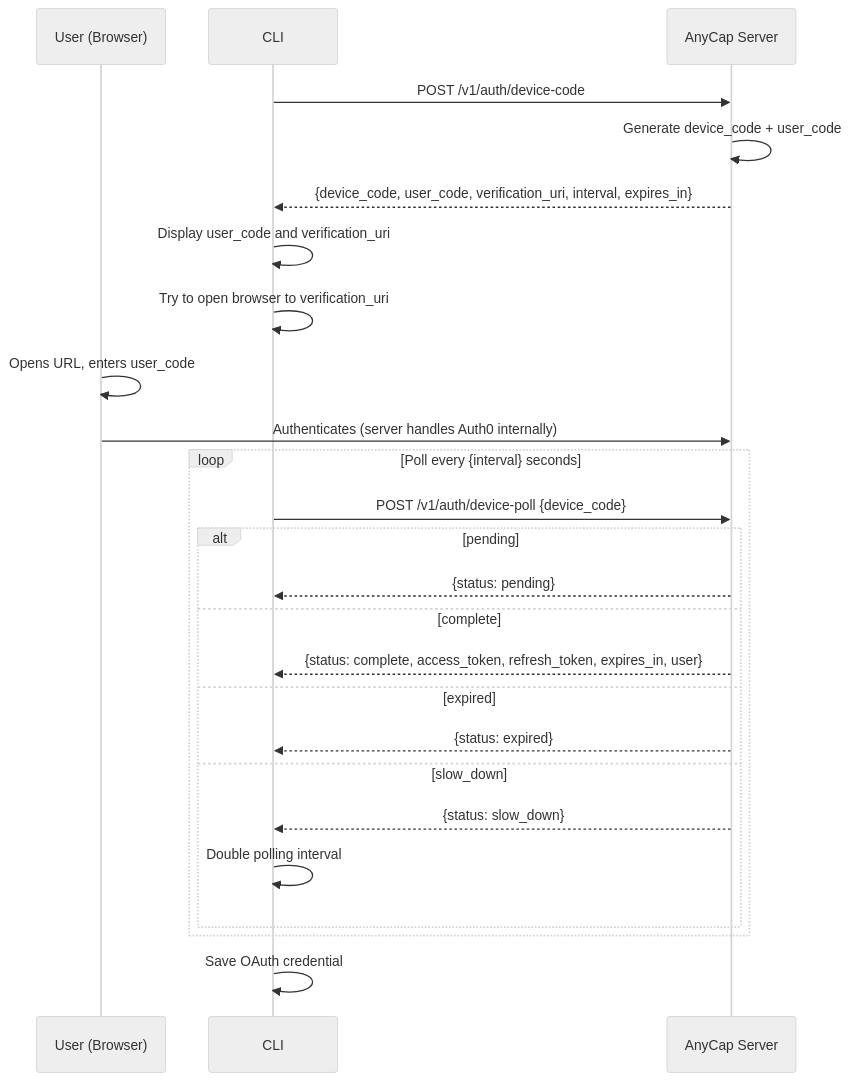
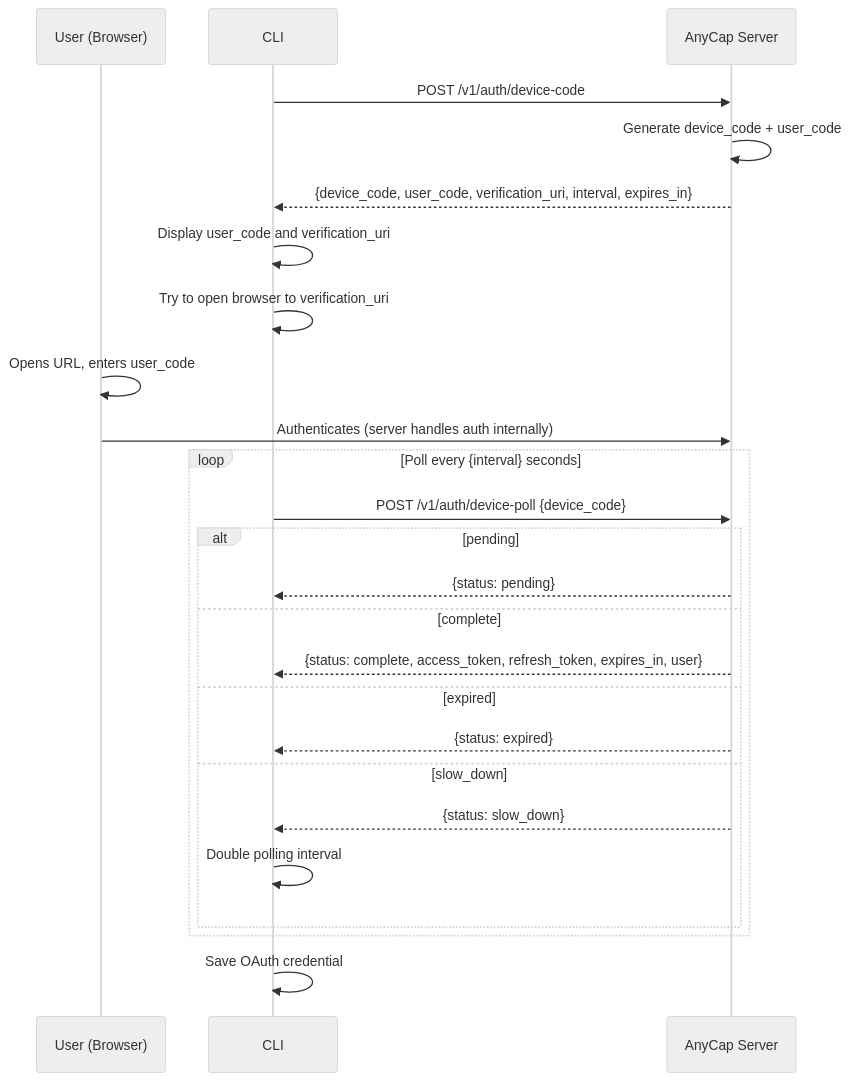
The fifth of 6 diagrams in docs/cli/spec/oauth.md (anycap-ai/anycap), drawn with Mermaid (neutral theme) before and after one commit. The commit also changed other lines of this file and 46 other files, not shown here.

````diff
--- a/docs/cli/spec/oauth.md
+++ b/docs/cli/spec/oauth.md
@@ -312,32 +314,32 @@
 ```mermaid
 sequenceDiagram
     participant U as User (Browser)
     participant C as CLI
     participant S as AnyCap Server
 
     C->>S: POST /v1/auth/device-code
     S->>S: Generate device_code + user_code
     S-->>C: {device_code, user_code, verification_uri, interval, expires_in}
 
     C->>C: Display user_code and verification_uri
     C->>C: Try to open browser to verification_uri
 
     U->>U: Opens URL, enters user_code
-    U->>S: Authenticates (server handles Auth0 internally)
+    U->>S: Authenticates (server handles auth internally)
 
     loop Poll every {interval} seconds
         C->>S: POST /v1/auth/device-poll {device_code}
         alt pending
             S-->>C: {status: pending}
         else complete
             S-->>C: {status: complete, access_token, refresh_token, expires_in, user}
         else expired
             S-->>C: {status: expired}
         else slow_down
             S-->>C: {status: slow_down}
             C->>C: Double polling interval
         end
     end
 
     C->>C: Save OAuth credential
 ```
````
